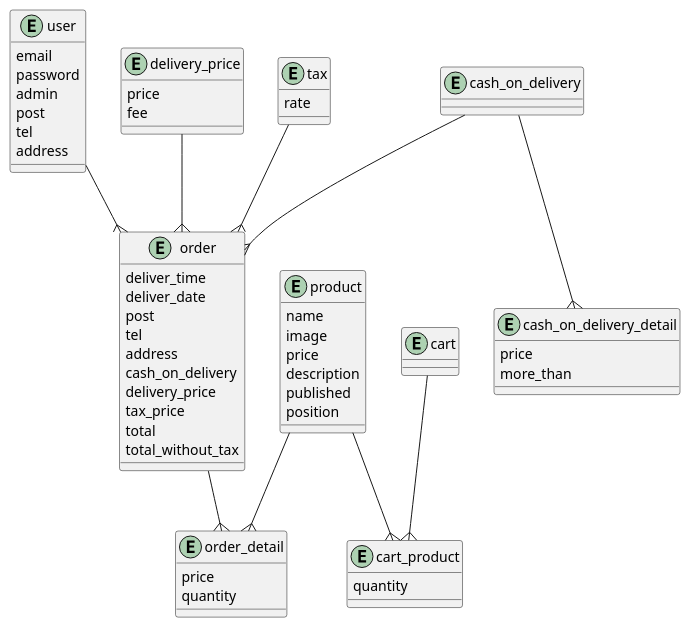
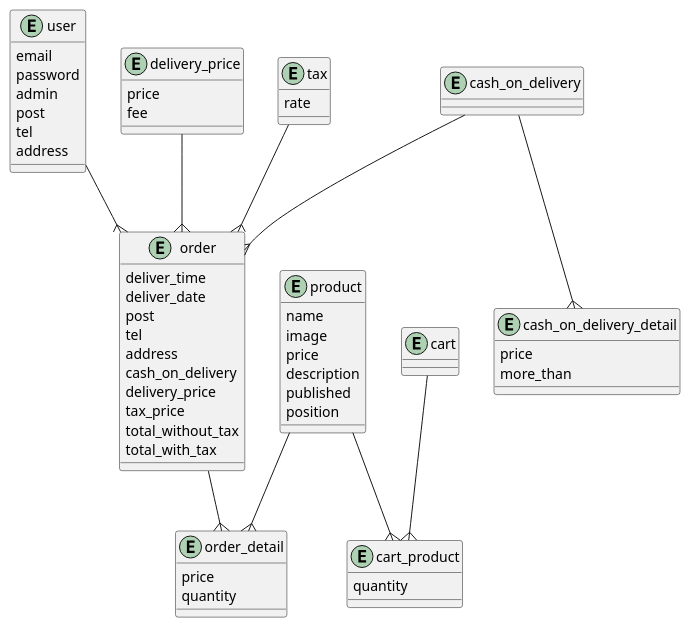
One commit to kenchiki/rails-example-ec2 changed the diagram in er.puml. Above: the diagram before and after it, drawn with PlantUML.

Commit message:
[add]DB設計にトータル金額を入れる

```diff
--- a/er.puml
+++ b/er.puml
@@ -1,73 +1,73 @@
 @startuml
 
 entity "user" {
   email
   password
   admin
   post
   tel
   address
 }
 
 entity "cash_on_delivery_detail" {
   price
   more_than
 }
 
 entity "cash_on_delivery" {
 }
 
 entity "delivery_price" {
   price
   fee
 }
 
 entity "tax" {
   rate
 }
 
 entity "cart" {
 }
 
 entity "cart_product" {
   quantity
 }
 
 entity "order" {
   deliver_time
   deliver_date
   post
   tel
   address
   cash_on_delivery
   delivery_price
   tax_price
-  total
   total_without_tax
+  total_with_tax
 }
 
 entity "order_detail" {
   price
   quantity
 }
 
 entity "product" {
   name
   image
   price
   description
   published
   position
 }
 
 cash_on_delivery--{cash_on_delivery_detail
 tax--{order
 cart--{cart_product
 delivery_price--{order
 product--{cart_product
 cash_on_delivery--{order
 user--{order
 order--{order_detail
 product--{order_detail
 
 @enduml
```
